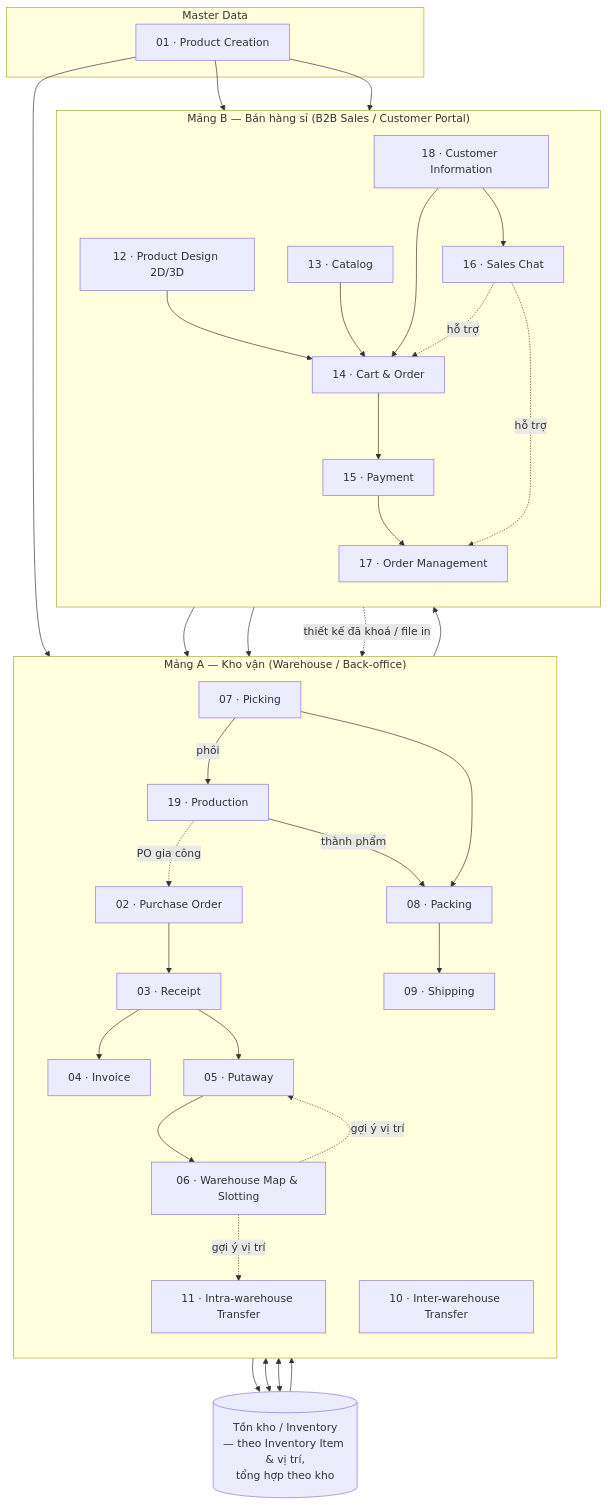
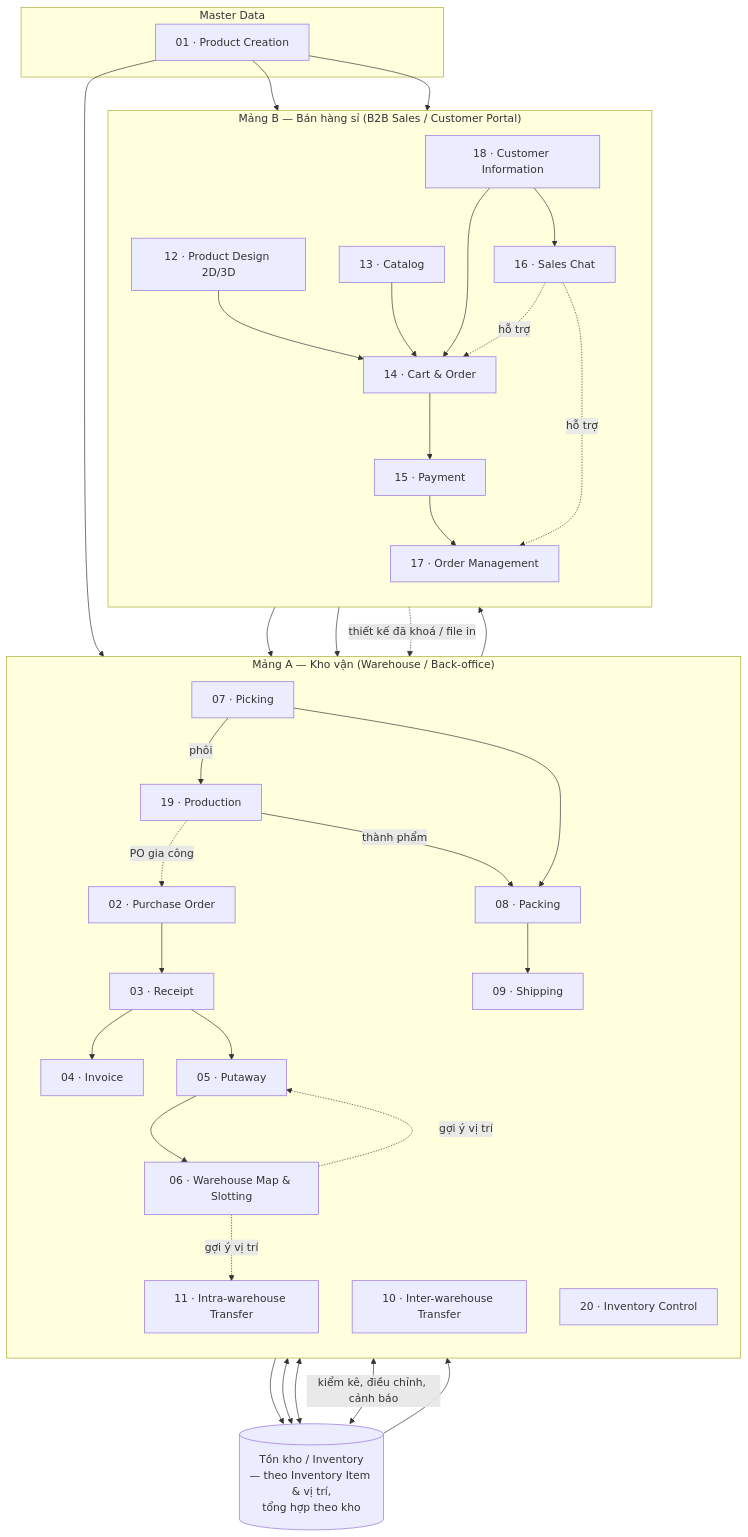
One commit to KLTN-FA26/docs changed the first of 2 diagrams in docs/00-system-overview/README.md. Above: the diagram before and after it, drawn with Mermaid. The commit also changed other lines of this file and 13 other files, not shown here.

First line of the commit message:
Add Inventory Control module (20) documenting what the backend built

````diff
--- a/docs/00-system-overview/README.md
+++ b/docs/00-system-overview/README.md
@@ -90,68 +90,70 @@
 ```mermaid
 flowchart TB
     subgraph MASTER["Master Data"]
         PC[01 · Product Creation]
     end
 
     subgraph WH["Mảng A — Kho vận (Warehouse / Back-office)"]
         direction TB
         PO[02 · Purchase Order]
         RC[03 · Receipt]
         INV[04 · Invoice]
         PA[05 · Putaway]
         MAP[06 · Warehouse Map & Slotting]
         PICK[07 · Picking]
         PACK[08 · Packing]
         SHIP[09 · Shipping]
         INTER[10 · Inter-warehouse Transfer]
         INTRA[11 · Intra-warehouse Transfer]
         PROD[19 · Production]
+        CTRL[20 · Inventory Control]
     end
 
     subgraph EC["Mảng B — Bán hàng sỉ (B2B Sales / Customer Portal)"]
         direction TB
         DSN[12 · Product Design 2D/3D]
         CAT[13 · Catalog]
         CO[14 · Cart & Order]
         PAY[15 · Payment]
         CHAT[16 · Sales Chat]
         OM[17 · Order Management]
         CIM[18 · Customer Information]
     end
 
     INVENTORY[(Tồn kho / Inventory\n— theo Inventory Item & vị trí,\ntổng hợp theo kho)]
 
     PC --> PO
     PC --> CAT
     PC --> DSN
     PO --> RC
     RC --> INV
     RC --> PA
     PA --> MAP
     MAP -. gợi ý vị trí .-> PA
     PA --> INVENTORY
 
     CAT --> CO
     DSN --> CO
     CO --> PAY
     PAY --> OM
     CHAT -. hỗ trợ .-> CO
     CHAT -. hỗ trợ .-> OM
     CIM --> CO
     CIM --> CHAT
 
     OM --> PICK
     OM --> PROD
     DSN -. thiết kế đã khoá / file in .-> PROD
     PICK -- phôi --> PROD
     PROD -- thành phẩm --> PACK
     PROD -. PO gia công .-> PO
     INVENTORY --> PICK
     PICK --> PACK
     PACK --> SHIP
     SHIP --> OM
 
     INTER <--> INVENTORY
     INTRA <--> INVENTORY
+    CTRL <-->|kiểm kê, điều chỉnh, cảnh báo| INVENTORY
     MAP -. gợi ý vị trí .-> INTRA
 ```
````
